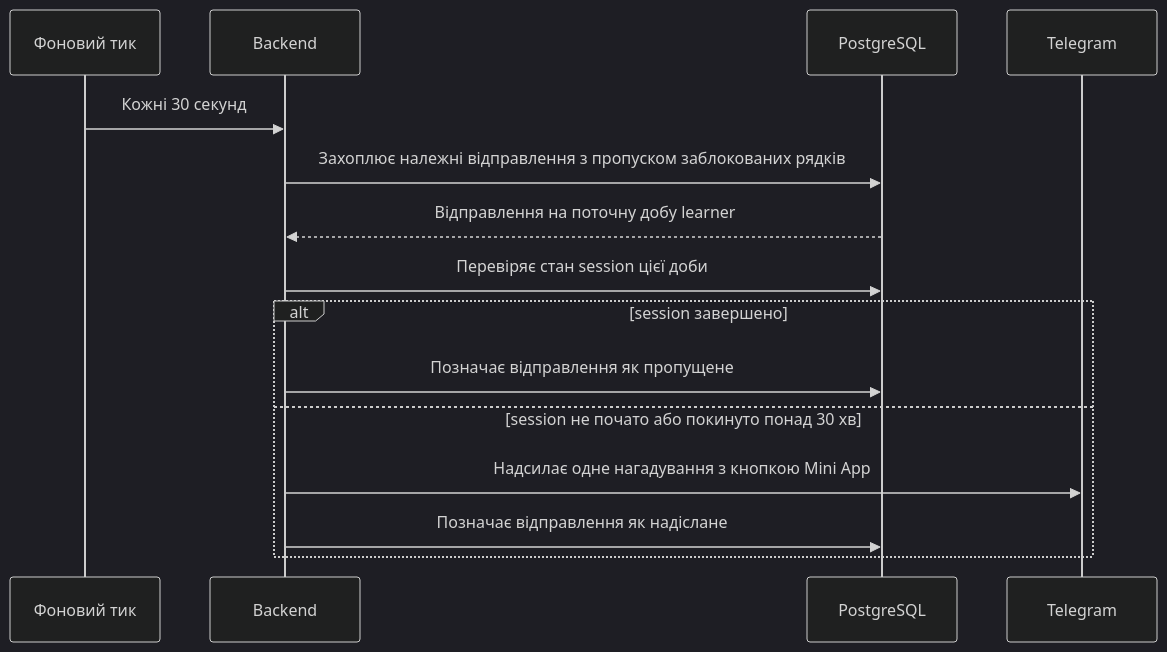
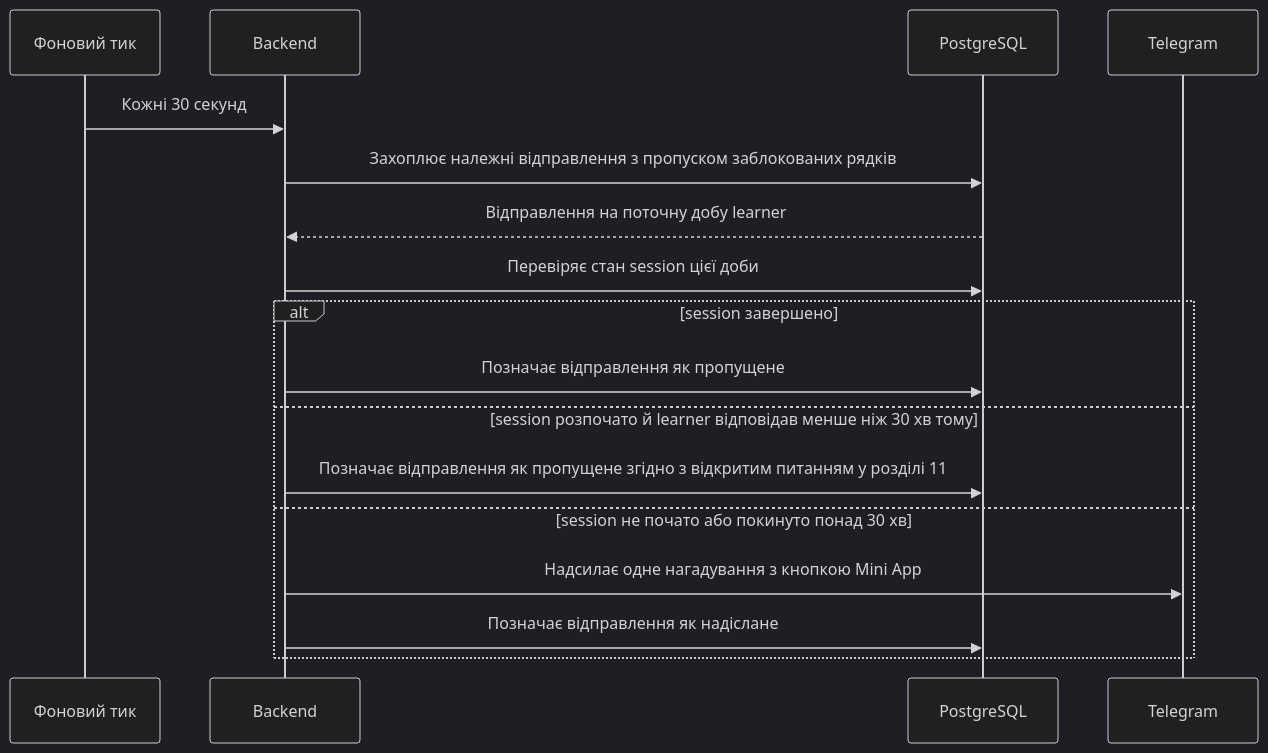
Before and after one commit to HeliosPersonal/constant-learning: the fourth of 4 diagrams in docs/features/personal-trainer-mvp/sad.md, drawn with Mermaid (dark theme). The commit also changed other lines of this file and 1 other file, not shown here.

````diff
--- a/docs/features/personal-trainer-mvp/sad.md
+++ b/docs/features/personal-trainer-mvp/sad.md
@@ -181,17 +184,19 @@
 ```mermaid
 sequenceDiagram
     participant T as Фоновий тик
     participant A as Backend
     participant D as PostgreSQL
     participant G as Telegram
     T->>A: Кожні 30 секунд
     A->>D: Захоплює належні відправлення з пропуском заблокованих рядків
     D-->>A: Відправлення на поточну добу learner
     A->>D: Перевіряє стан session цієї доби
     alt session завершено
         A->>D: Позначає відправлення як пропущене
+    else session розпочато й learner відповідав менше ніж 30 хв тому
+        A->>D: Позначає відправлення як пропущене згідно з відкритим питанням у розділі 11
     else session не почато або покинуто понад 30 хв
         A->>G: Надсилає одне нагадування з кнопкою Mini App
         A->>D: Позначає відправлення як надіслане
     end
 ```
````
